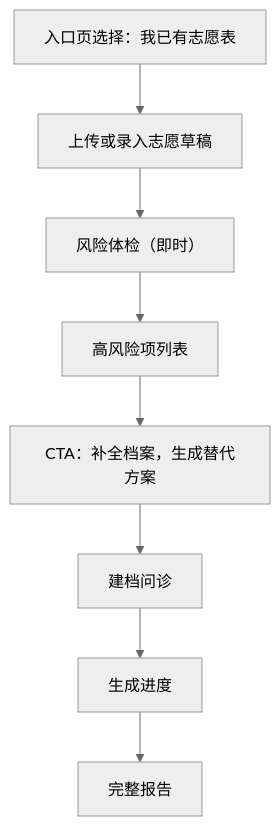
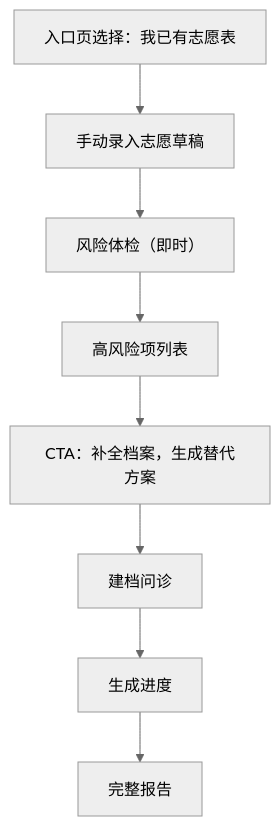
The third of 6 diagrams in docs/frontend-prd-v2.md (debugzhao/jin-guide), drawn with Mermaid (neutral theme) before and after one commit. The commit also changed other lines of this file and 2 other files, not shown here.

````diff
--- a/docs/frontend-prd-v2.md
+++ b/docs/frontend-prd-v2.md
@@ -248,10 +254,10 @@
 ```mermaid
 flowchart TD
-  A["入口页选择：我已有志愿表"] --> B["上传或录入志愿草稿"]
+  A["入口页选择：我已有志愿表"] --> B["手动录入志愿草稿"]
   B --> C["风险体检（即时）"]
   C --> D["高风险项列表"]
   D --> E["CTA：补全档案，生成替代方案"]
   E --> F["建档问诊"]
   F --> G["生成进度"]
   G --> H["完整报告"]
 ```
````
